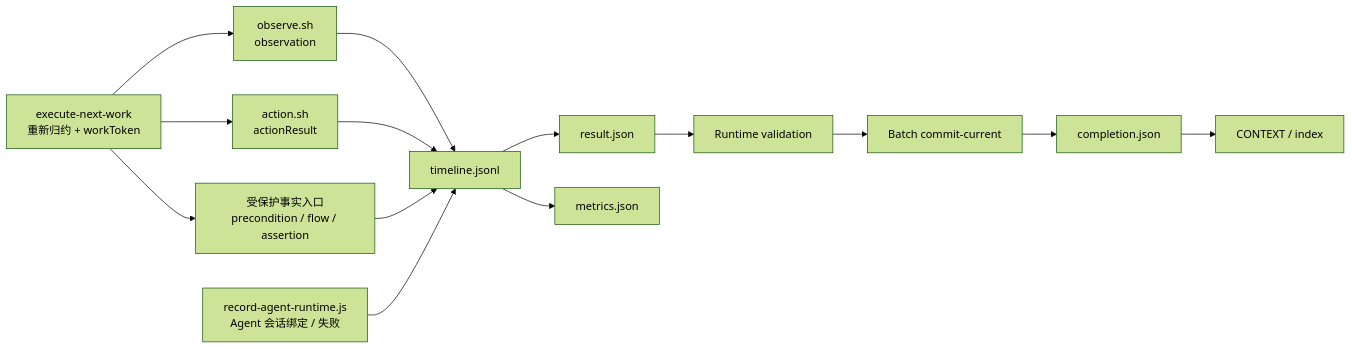
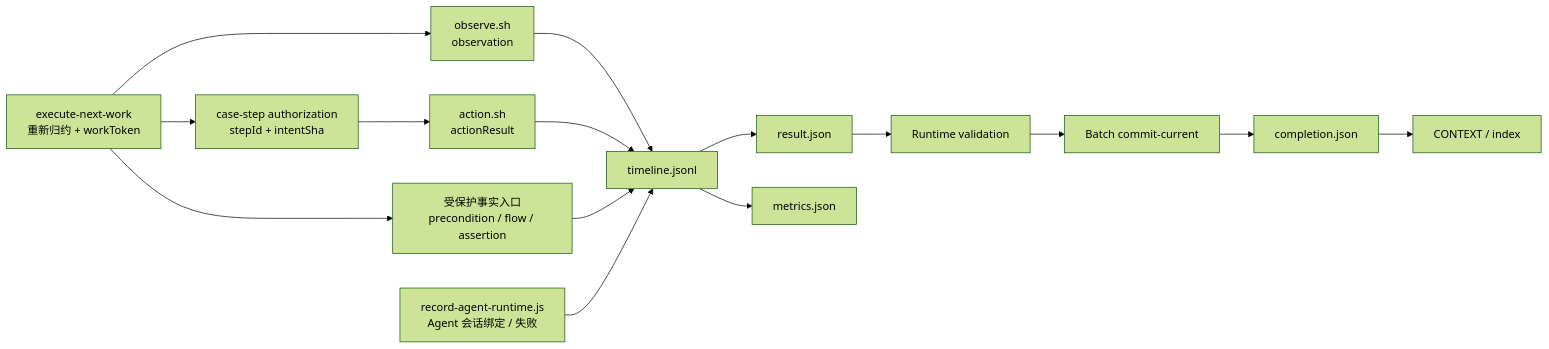
One commit to lianghuihui-plus/DevKit changed the fifth of 5 diagrams in skills/mobile-ai-visual-test/docs/architecture.md. Above: the diagram before and after it, drawn with Mermaid (forest theme). The commit also changed other lines of this file and 32 other files, not shown here.

````diff
--- a/skills/mobile-ai-visual-test/docs/architecture.md
+++ b/skills/mobile-ai-visual-test/docs/architecture.md
@@ -102,16 +102,17 @@
 ```mermaid
 flowchart LR
   CE["execute-next-work<br/>重新归约 + workToken"] --> OBS["observe.sh<br/>observation"]
-  CE --> ACT["action.sh<br/>actionResult"]
+  CE --> AUTH["case-step authorization<br/>stepId + intentSha"]
+  AUTH --> ACT["action.sh<br/>actionResult"]
   CE --> AG["受保护事实入口<br/>precondition / flow / assertion"]
   OBS --> TL["timeline.jsonl"]
   ACT --> TL
   AG --> TL
   RT["record-agent-runtime.js<br/>Agent 会话绑定 / 失败"] --> TL
   TL --> RES["result.json"]
   TL --> MET["metrics.json"]
   RES --> VAL["Runtime validation"]
   VAL --> BAT["Batch commit-current"]
   BAT --> CMP["completion.json"]
   CMP --> REP["CONTEXT / index"]
 ```
````
